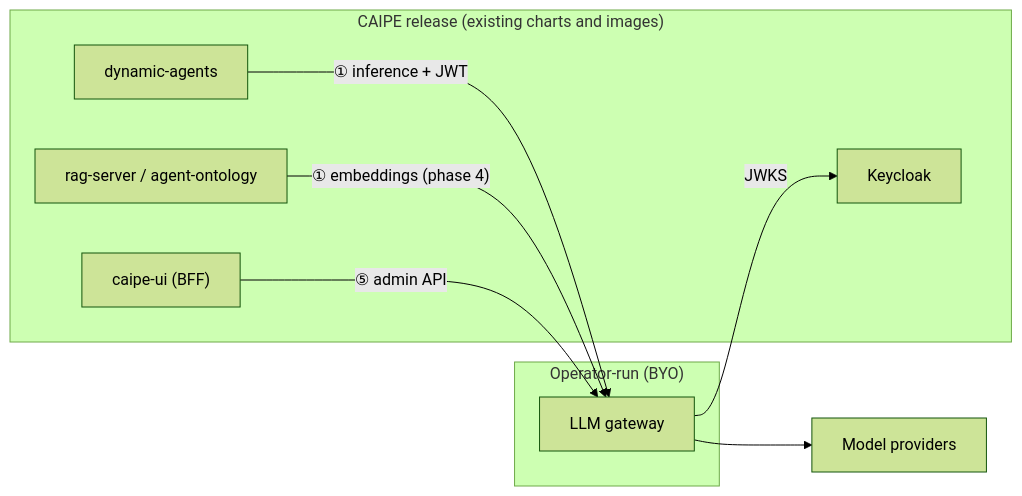
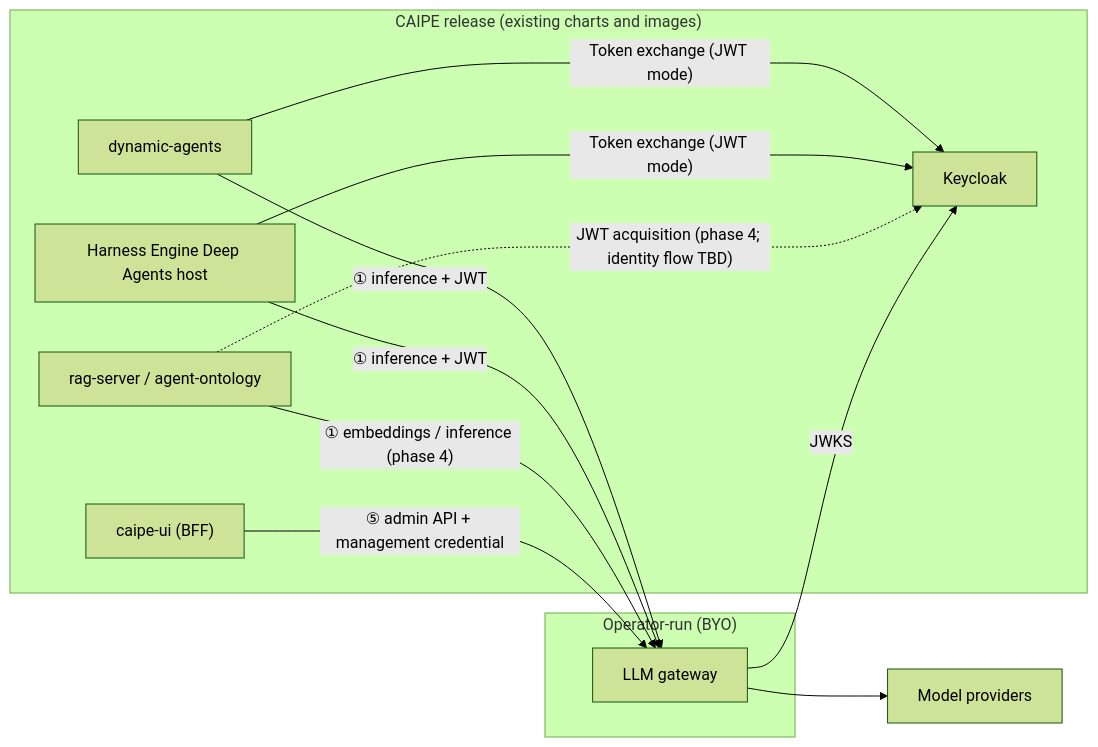
One commit to caipe-io/ai-platform-engineering changed the first of 2 diagrams in docs/docs/specs/2026-10-10-byo-llm-gateway-budgets-quotas/plan.md. Above: the diagram before and after it, drawn with Mermaid (forest theme). The commit also changed other lines of this file and 1 other file, not shown here.

Commit message:
docs(llm-gateway): document token acquisition network access

````diff
--- a/docs/docs/specs/2026-10-10-byo-llm-gateway-budgets-quotas/plan.md
+++ b/docs/docs/specs/2026-10-10-byo-llm-gateway-budgets-quotas/plan.md
@@ -30,18 +30,23 @@
 ```mermaid
 flowchart LR
   subgraph CAIPE["CAIPE release (existing charts and images)"]
     da["dynamic-agents"]
+    harness["Harness Engine Deep Agents host"]
     bff["caipe-ui (BFF)"]
     rag["rag-server / agent-ontology"]
     kc["Keycloak"]
   end
   subgraph OP["Operator-run (BYO)"]
     gw["LLM gateway"]
   end
   prov["Model providers"]
   da -- "① inference + JWT" --> gw
-  rag -- "① embeddings (phase 4)" --> gw
-  bff -- "⑤ admin API" --> gw
+  harness -- "① inference + JWT" --> gw
+  da -- "Token exchange (JWT mode)" --> kc
+  harness -- "Token exchange (JWT mode)" --> kc
+  rag -- "① embeddings / inference (phase 4)" --> gw
+  rag -. "JWT acquisition (phase 4; identity flow TBD)" .-> kc
+  bff -- "⑤ admin API + management credential" --> gw
   gw -- "JWKS" --> kc
   gw --> prov
 ```
````
